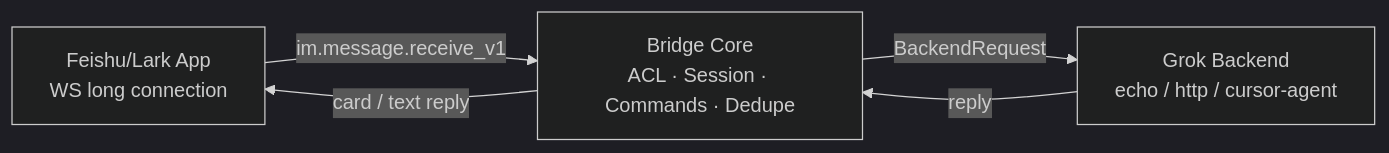
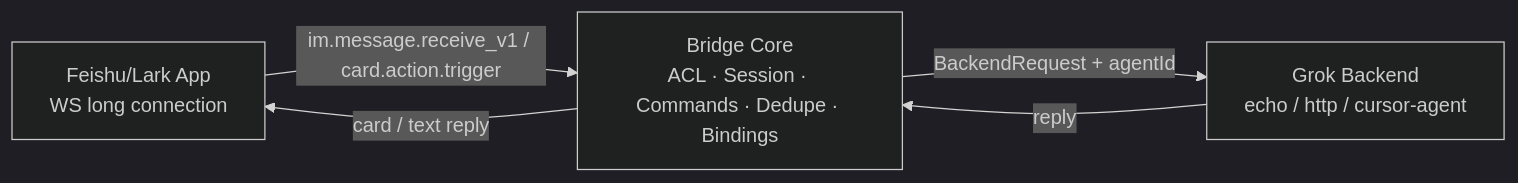
The diagram in README.md (WilliamLX/feishu-grok-bridge), drawn with Mermaid (dark theme) before and after one commit. The commit also changed other lines of this file and 28 other files, not shown here.

````diff
--- a/README.md
+++ b/README.md
@@ -11,10 +11,10 @@
 ```mermaid
 flowchart LR
   Feishu[Feishu/Lark App<br/>WS long connection]
-  Core[Bridge Core<br/>ACL · Session · Commands · Dedupe]
+  Core[Bridge Core<br/>ACL · Session · Commands · Dedupe · Bindings]
   BE[Grok Backend<br/>echo / http / cursor-agent]
-  Feishu -->|im.message.receive_v1| Core
-  Core -->|BackendRequest| BE
+  Feishu -->|im.message.receive_v1 / card.action.trigger| Core
+  Core -->|BackendRequest + agentId| BE
   BE -->|reply| Core
   Core -->|card / text reply| Feishu
 ```
````
